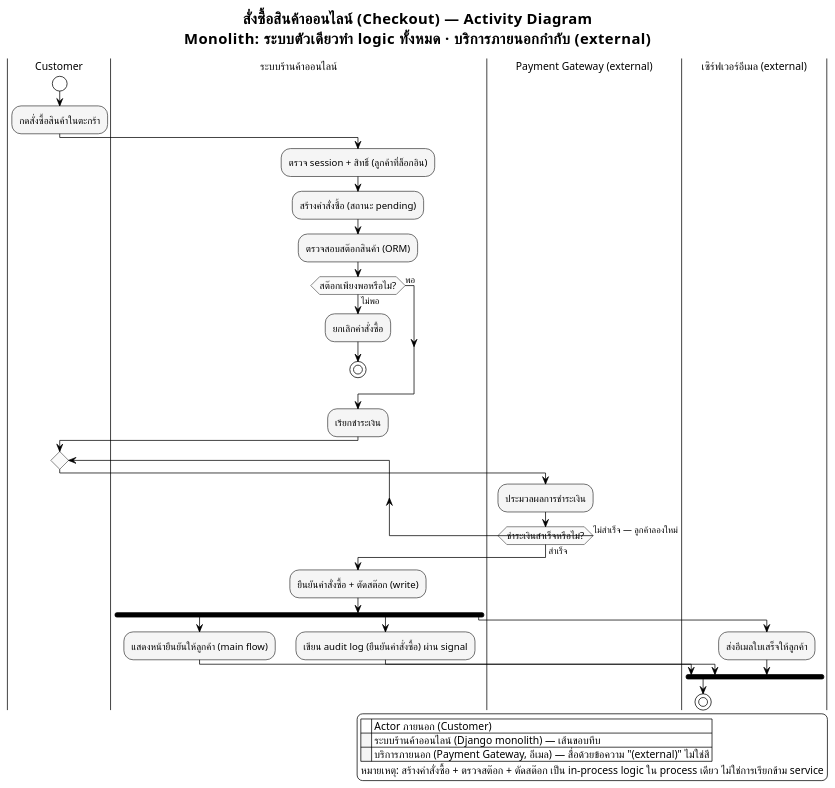
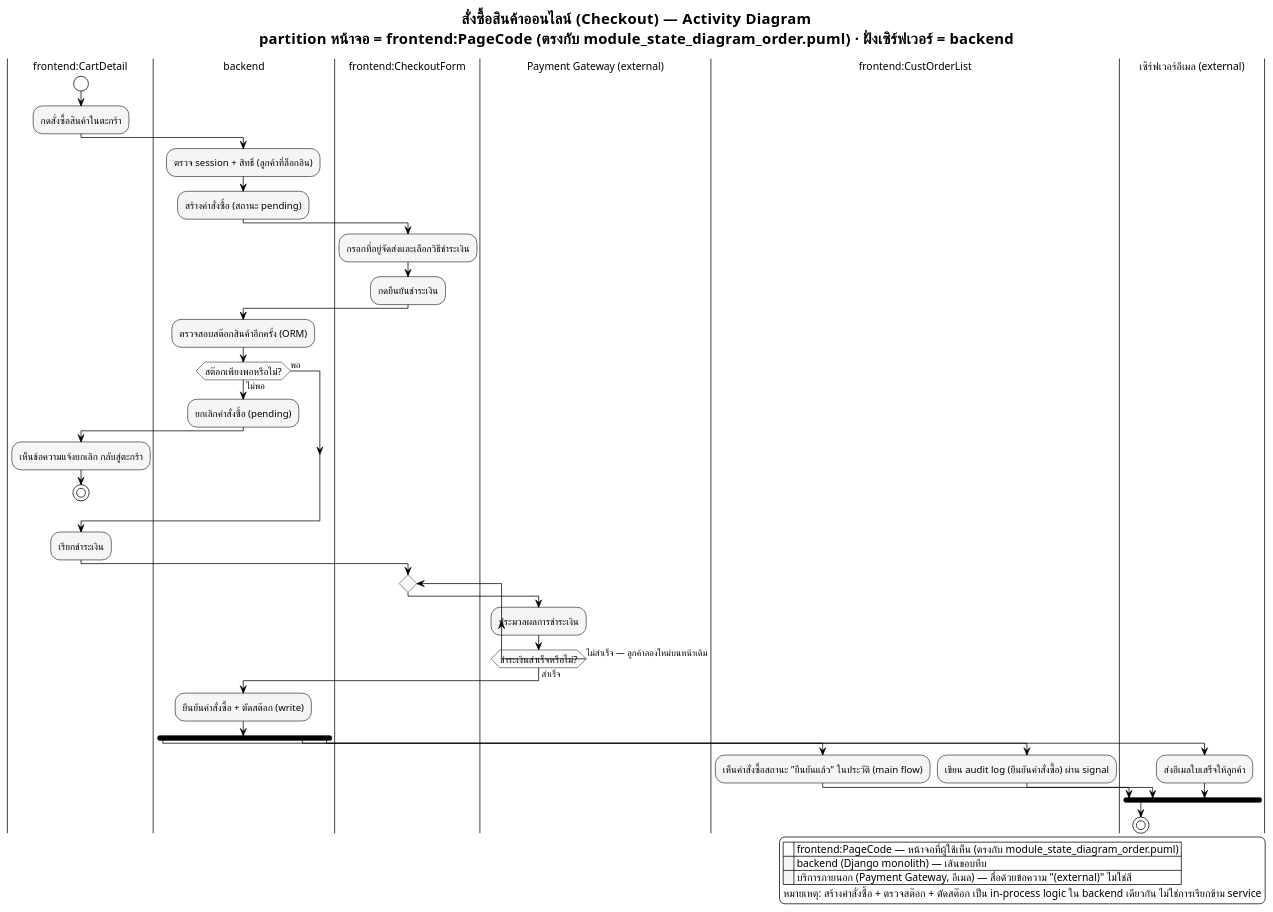
One commit to patlnwza-007/project-2569 changed the diagram in generator/example/activity_diagram_example.md. Above: the diagram before and after it, drawn with PlantUML. The commit also changed other lines of this file and 46 other files, not shown here.

First line of the commit message:
Rework UI state/activity diagrams onto frontend:PageCode/backend convention

```diff
--- a/generator/example/activity_diagram_example.md
+++ b/generator/example/activity_diagram_example.md
@@ -48,35 +64,44 @@
   DiamondBorderColor #616161
 }
 
-title สั่งซื้อสินค้าออนไลน์ (Checkout) — Activity Diagram\nMonolith: ระบบตัวเดียวทำ logic ทั้งหมด · บริการภายนอกกำกับ (external)
+title สั่งซื้อสินค้าออนไลน์ (Checkout) — Activity Diagram\npartition หน้าจอ = frontend:PageCode (ตรงกับ module_state_diagram_order.puml) · ฝั่งเซิร์ฟเวอร์ = backend
 
-|Customer|
+|frontend:CartDetail|
 start
-' สมมติ login แล้ว (session ผ่าน allauth) — ไม่ต้องวาด OAuth ซ้ำใน flow นี้
+' สมมติ login แล้ว (session) — ไม่ต้องวาด OAuth/SSO ซ้ำใน flow นี้
 :กดสั่งซื้อสินค้าในตะกร้า;
 
-|ระบบร้านค้าออนไลน์|
+|backend|
 :ตรวจ session + สิทธิ์ (ลูกค้าที่ล็อกอิน);
 :สร้างคำสั่งซื้อ (สถานะ pending);
-:ตรวจสอบสต๊อกสินค้า (ORM);
+
+|frontend:CheckoutForm|
+:กรอกที่อยู่จัดส่งและเลือกวิธีชำระเงิน;
+:กดยืนยันชำระเงิน;
+
+|backend|
+:ตรวจสอบสต๊อกสินค้าอีกครั้ง (ORM);
 if (สต๊อกเพียงพอหรือไม่?) then (ไม่พอ)
-  :ยกเลิกคำสั่งซื้อ;
+  :ยกเลิกคำสั่งซื้อ (pending);
+  |frontend:CartDetail|
+  :เห็นข้อความแจ้งยกเลิก กลับสู่ตะกร้า;
   stop
 else (พอ)
 endif
 :เรียกชำระเงิน;
 
-|Customer|
+|frontend:CheckoutForm|
 repeat
   |Payment Gateway (external)|
   :ประมวลผลการชำระเงิน;
-repeat while (ชำระเงินสำเร็จหรือไม่?) is (ไม่สำเร็จ — ลูกค้าลองใหม่) not (สำเร็จ)
+repeat while (ชำระเงินสำเร็จหรือไม่?) is (ไม่สำเร็จ — ลูกค้าลองใหม่บนหน้าเดิม) not (สำเร็จ)
 
-|ระบบร้านค้าออนไลน์|
+|backend|
 :ยืนยันคำสั่งซื้อ + ตัดสต๊อก (write);
 
 fork
-  :แสดงหน้ายืนยันให้ลูกค้า (main flow);
+  |frontend:CustOrderList|
+  :เห็นคำสั่งซื้อสถานะ "ยืนยันแล้ว" ในประวัติ (main flow);
 fork again
   :เขียน audit log (ยืนยันคำสั่งซื้อ) ผ่าน signal;
 fork again
@@ -87,10 +112,10 @@
 stop
 
 legend right
-  |<back:white>    </back>| Actor ภายนอก (Customer) |
-  |<back:#F5F5F5>    </back>| ระบบร้านค้าออนไลน์ (Django monolith) — เส้นขอบทึบ |
+  |<back:white>    </back>| frontend:PageCode — หน้าจอที่ผู้ใช้เห็น (ตรงกับ module_state_diagram_order.puml) |
+  |<back:#F5F5F5>    </back>| backend (Django monolith) — เส้นขอบทึบ |
   |<back:#F5F5F5>    </back>| บริการภายนอก (Payment Gateway, อีเมล) — สื่อด้วยข้อความ "(external)" ไม่ใช่สี |
-  หมายเหตุ: สร้างคำสั่งซื้อ + ตรวจสต๊อก + ตัดสต๊อก เป็น in-process logic ใน process เดียว ไม่ใช่การเรียกข้าม service
+  หมายเหตุ: สร้างคำสั่งซื้อ + ตรวจสต๊อก + ตัดสต๊อก เป็น in-process logic ใน backend เดียวกัน ไม่ใช่การเรียกข้าม service
 endlegend
 
 @enduml
```
